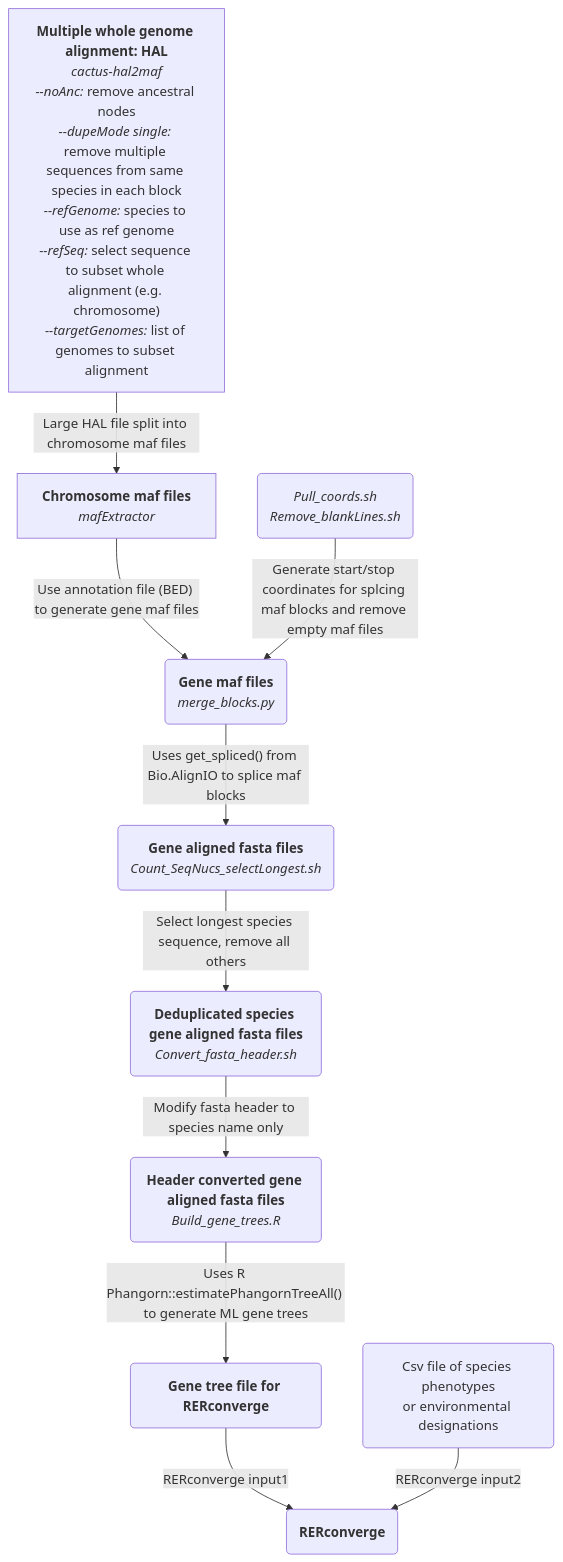
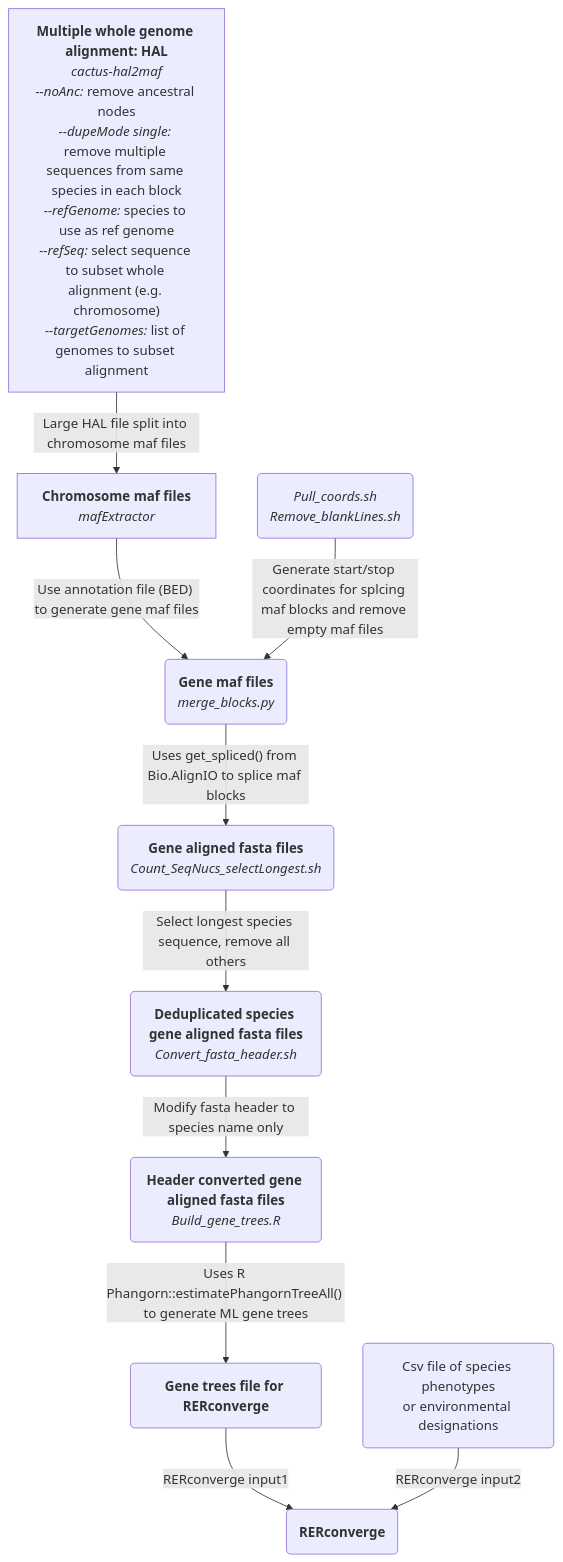
One commit to mileswhedbee/RERconverge_pipeline changed the diagram in README.md. Above: the diagram before and after it, drawn with Mermaid.

````diff
--- a/README.md
+++ b/README.md
@@ -6,25 +6,25 @@
 ```mermaid
 graph TD;
     A["`**Multiple whole genome alignment: HAL**
        _cactus-hal2maf_
        _--noAnc:_ remove ancestral nodes
        _--dupeMode single:_ remove multiple sequences from same species in each block
        _--refGenome:_ species to use as ref genome
        _--refSeq:_ select sequence to subset whole alignment (e.g. chromosome)
        _--targetGenomes:_ list of genomes to subset alignment`"]--Large HAL file split into chromosome maf files-->B["`**Chromosome maf files**
                                                                                                                     _mafExtractor_`"];
     B--Use annotation file (BED) to generate gene maf files-->C("`**Gene maf files**
                                                                   _merge_blocks.py_`");
     C--Uses get_spliced() from Bio.AlignIO to splice maf blocks-->D("`**Gene aligned fasta files**
                                                                       _Count_SeqNucs_selectLongest.sh_`");
     E("`_Pull_coords.sh_
         _Remove_blankLines.sh_`")--Generate start/stop coordinates for splcing maf blocks and remove empty maf files-->C;
     D--Select longest species sequence, remove all others-->F("`**Deduplicated species gene aligned fasta files**
                                                                 _Convert_fasta_header.sh_`");
     F--Modify fasta header to species name only-->G("`**Header converted gene aligned fasta files**
                                                       _Build_gene_trees.R_`");
-    G--Uses R Phangorn::estimatePhangornTreeAll() to generate ML gene trees-->H("`**Gene tree file for RERconverge**`");
+    G--Uses R Phangorn::estimatePhangornTreeAll() to generate ML gene trees-->H("`**Gene trees file for RERconverge**`");
     H--RERconverge input1-->J("`**RERconverge**`");
     I("`Csv file of species phenotypes
         or environmental designations`")--RERconverge input2-->J;
 ```
````
